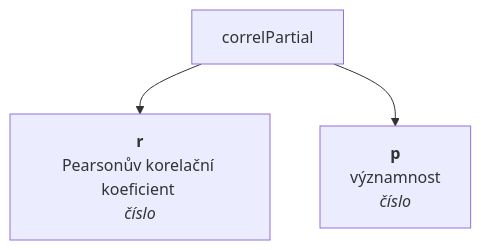
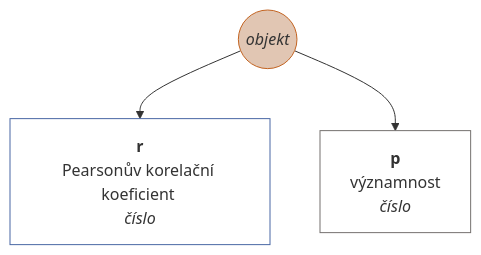
The fifth of 13 diagrams in docs/cs-CZ/matrix.md (muzikp/retusa), drawn with Mermaid before and after one commit. The commit also changed other lines of this file and 17 other files, not shown here.

````diff
--- a/docs/cs-CZ/matrix.md
+++ b/docs/cs-CZ/matrix.md
@@ -231,6 +256,13 @@
 ```mermaid
 graph TD
+correlPartial((<i>objekt</i>))
+style correlPartial fill:#E1C6B3;
+style correlPartial stroke:#C36422;
 correlPartial --> r[<b>r</b><br>Pearsonův korelační koeficient <br><i>číslo</i>]
+style r fill:#FFFFFF;
+style r stroke:#4967A4;
 correlPartial --> p[<b>p</b><br>významnost <br><i>číslo</i>]
+style p fill:#FFFFFF;
+style p stroke:#75716F;
 
 ```
````
